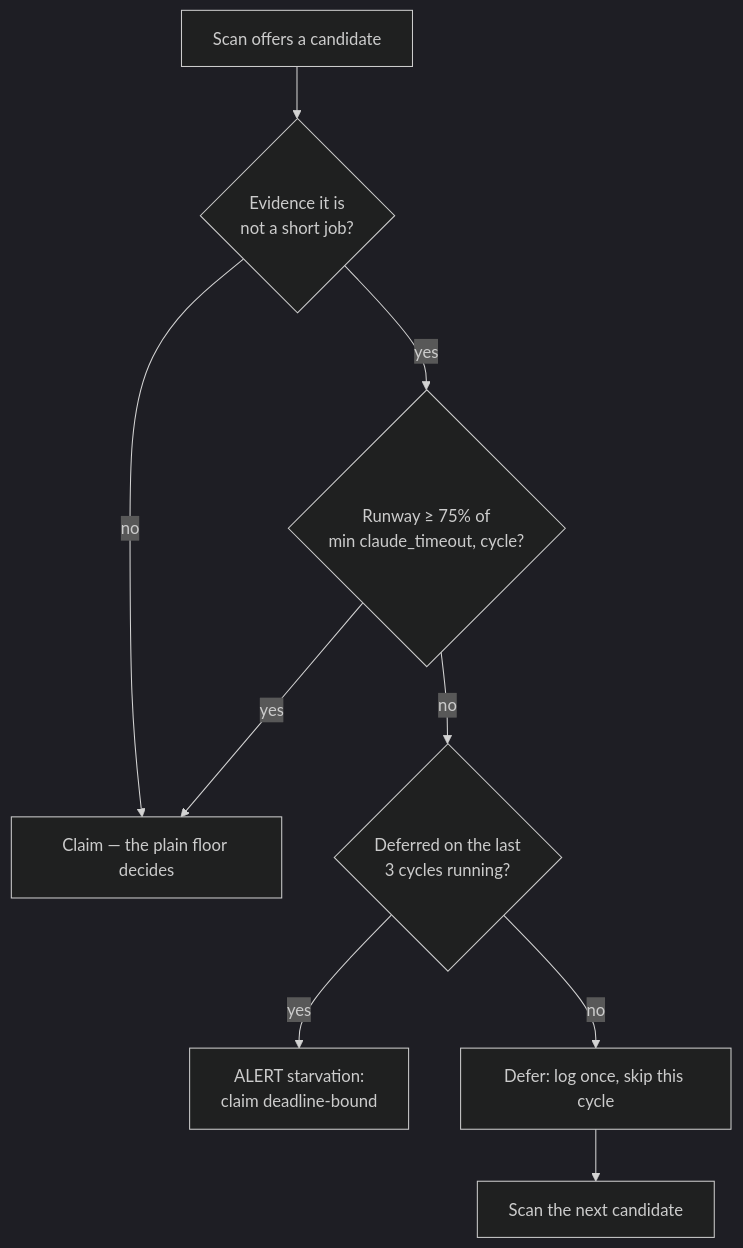
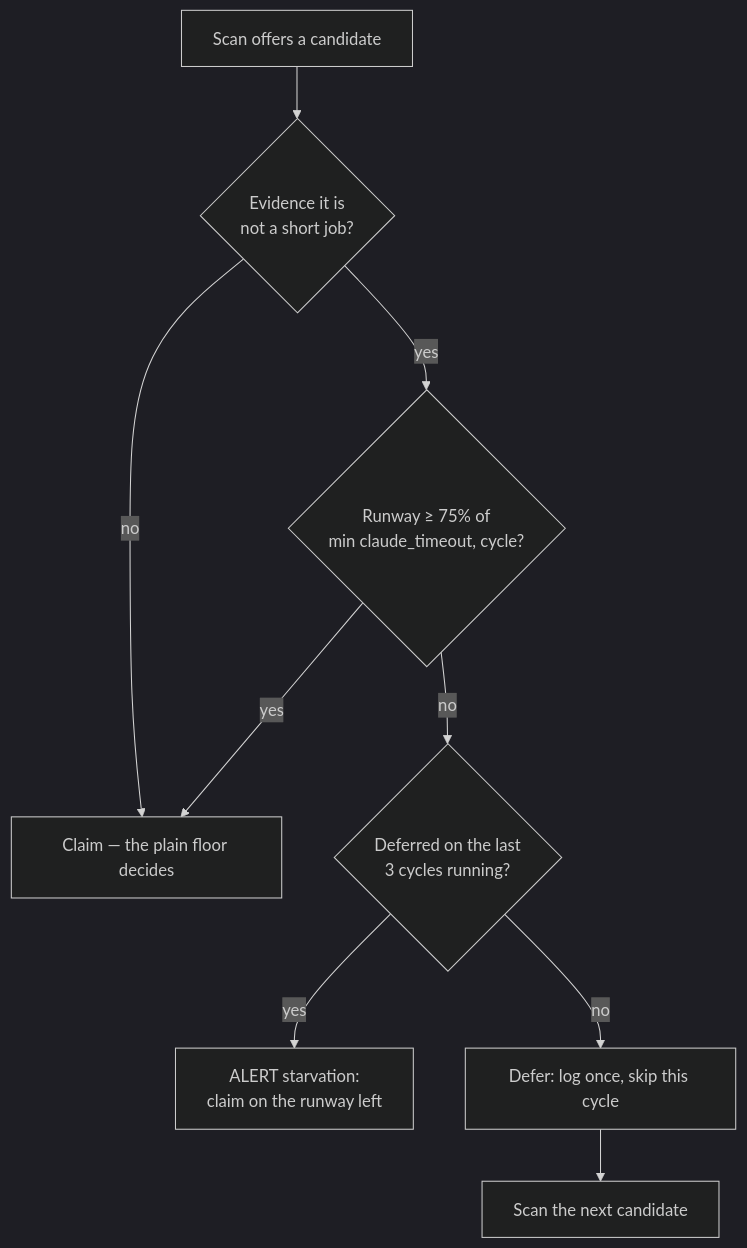
Before and after one commit to stSoftwareAU/VibeCoder: the first of 10 diagrams in docs/CONFIGURATION.md, drawn with Mermaid (dark theme). The commit also changed other lines of this file and 6 other files, not shown here.

````diff
--- a/docs/CONFIGURATION.md
+++ b/docs/CONFIGURATION.md
@@ -812,11 +813,11 @@
 ```mermaid
 flowchart TD
     A[Scan offers a candidate] --> B{Evidence it is<br/>not a short job?}
     B -- no --> C[Claim — the plain floor decides]
     B -- yes --> D{Runway ≥ 75% of<br/>min claude_timeout, cycle?}
     D -- yes --> C
     D -- no --> G{Deferred on the last<br/>3 cycles running?}
-    G -- yes --> H[ALERT starvation:<br/>claim deadline-bound]
+    G -- yes --> H[ALERT starvation:<br/>claim on the runway left]
     G -- no --> E[Defer: log once, skip this cycle]
     E --> F[Scan the next candidate]
 ```
````
